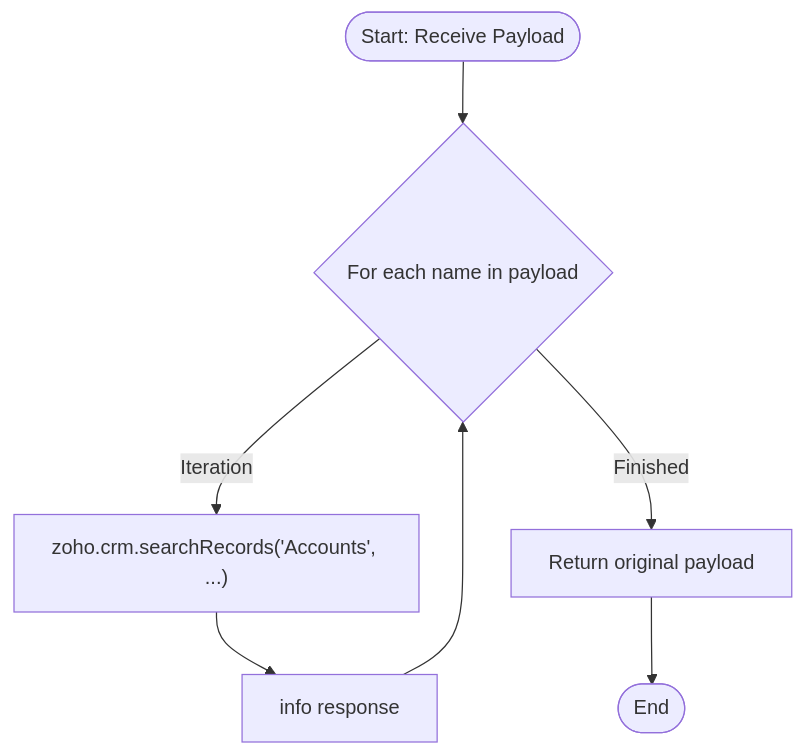
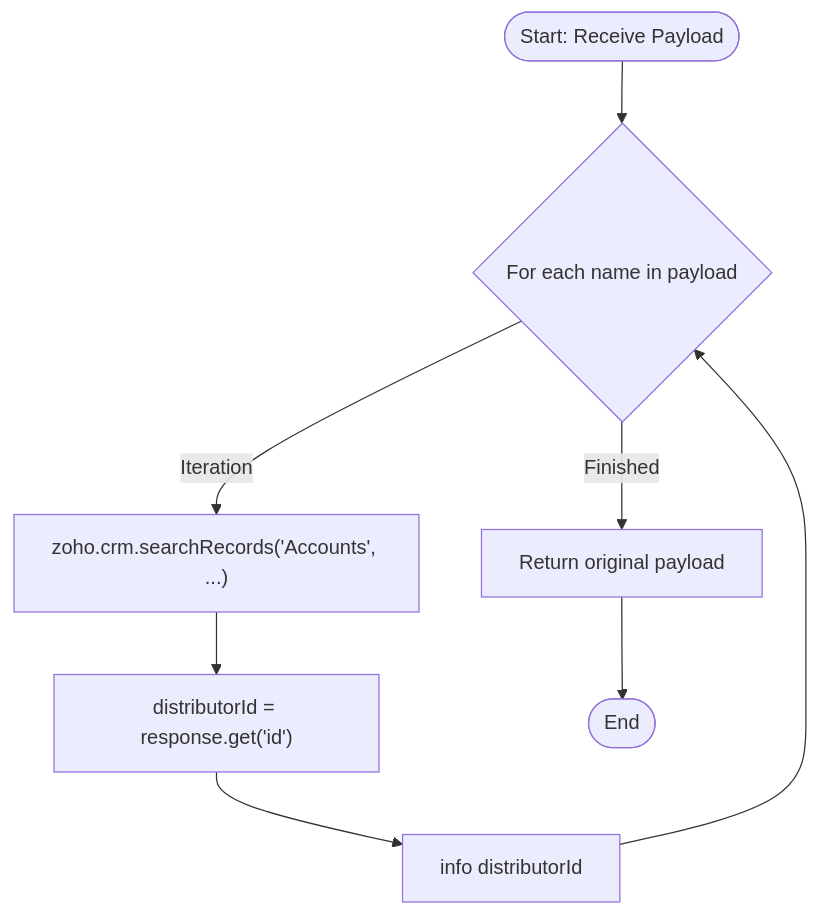
One commit to martinkp93/zoho-scripts changed the diagram in scripts/delugeSendToActiveCampaignLimit/delugeSendToActiveCampaignLimit.md. Above: the diagram before and after it, drawn with Mermaid. The commit also changed other lines of this file, not shown here.

````diff
--- a/scripts/delugeSendToActiveCampaignLimit/delugeSendToActiveCampaignLimit.md
+++ b/scripts/delugeSendToActiveCampaignLimit/delugeSendToActiveCampaignLimit.md
@@ -32,9 +32,10 @@
 ```mermaid
 graph TD
     Start(["Start: Receive Payload"]) --> LoopStart{"For each name in payload"}
     LoopStart -- "Iteration" --> SearchCRM["zoho.crm.searchRecords('Accounts', ...)"]
-    SearchCRM --> LogResponse["info response"]
-    LogResponse --> LoopStart
+    SearchCRM --> GetID["distributorId = response.get('id')"]
+    GetID --> LogID["info distributorId"]
+    LogID --> LoopStart
     LoopStart -- "Finished" --> ReturnPayload["Return original payload"]
     ReturnPayload --> End(["End"])
 ```
````
